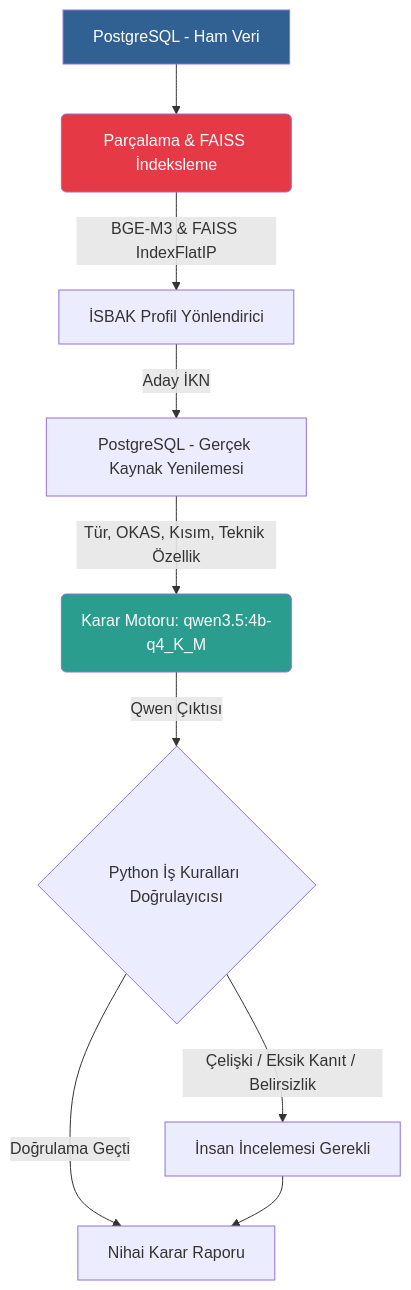
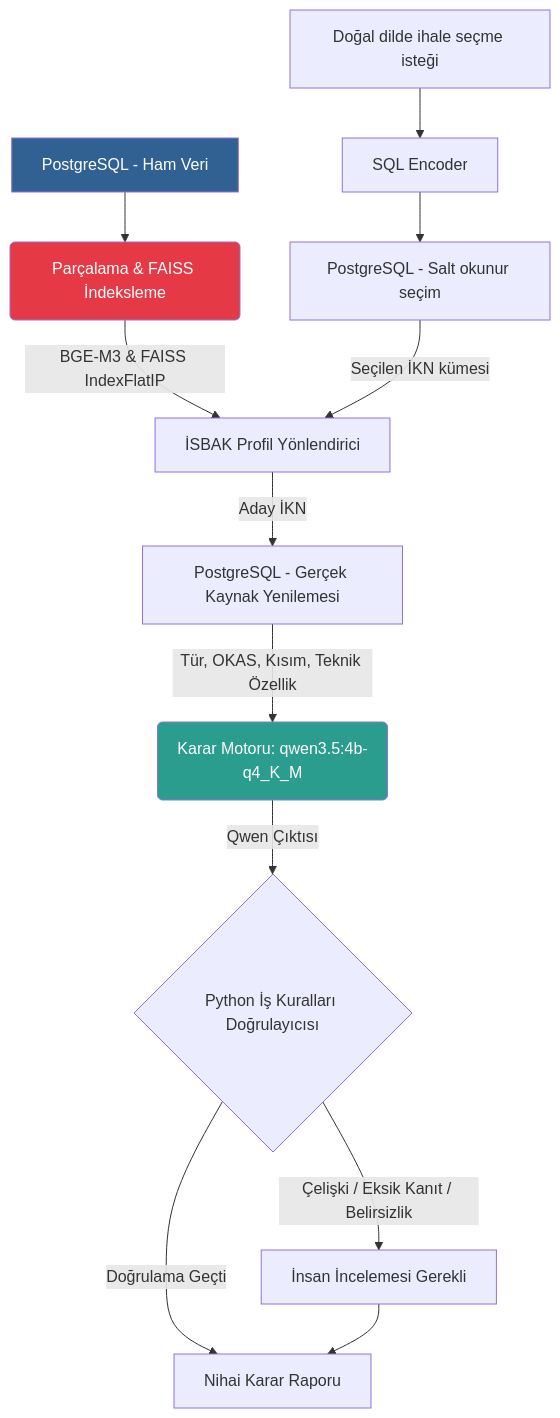
The diagram in README.md (mertevran/ekap_llm), drawn with Mermaid before and after one commit. The commit also changed other lines of this file and 39 other files, not shown here.

First line of the commit message:
feat: SQL Encoder ve artÄ±mlÄ± FAISS indeksleme entegrasyonunu tamamla

````diff
--- a/README.md
+++ b/README.md
@@ -41,16 +42,19 @@
 ```mermaid
 graph TD
+    J[Doğal dilde ihale seçme isteği] --> K[SQL Encoder]
+    K --> L[PostgreSQL - Salt okunur seçim]
     A[PostgreSQL - Ham Veri] --> B(Parçalama & FAISS İndeksleme)
     B -->|BGE-M3 & FAISS IndexFlatIP| C[İSBAK Profil Yönlendirici]
+    L -->|Seçilen İKN kümesi| C
     C -->|Aday İKN| H[PostgreSQL - Gerçek Kaynak Yenilemesi]
     H -->|Tür, OKAS, Kısım, Teknik Özellik| D(Karar Motoru: qwen3.5:4b-q4_K_M)
     
     D -->|Qwen Çıktısı| E{Python İş Kuralları Doğrulayıcısı}
     E -->|Doğrulama Geçti| F[Nihai Karar Raporu]
     E -->|Çelişki / Eksik Kanıt / Belirsizlik| I[İnsan İncelemesi Gerekli]
     I --> F
     
     style A fill:#316192,color:#fff
     style B fill:#e63946,color:#fff
     style D fill:#2a9d8f,color:#fff
 ```
````
